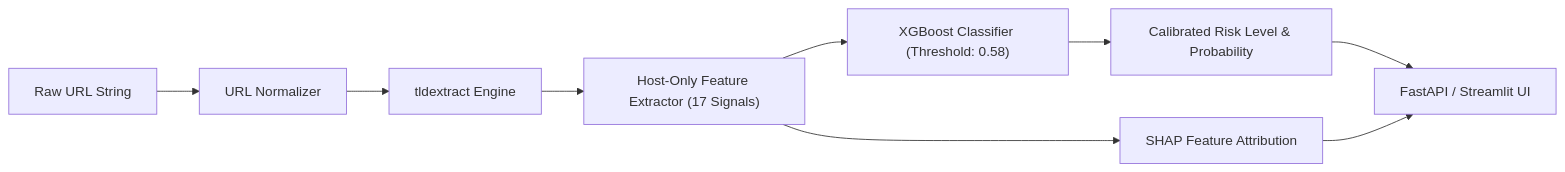
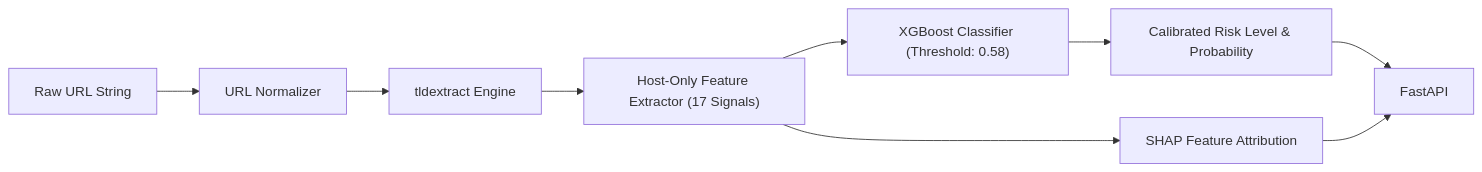
The diagram in README.md (Roastee/phishing-url-detector), drawn with Mermaid before and after one commit. The commit also changed other lines of this file and 4 other files, not shown here.

Commit message:
Vercel: fix model-info metrics, equivalence proof, slimmer FastAPI, README audit

````diff
--- a/README.md
+++ b/README.md
@@ -57,11 +45,11 @@
 ```mermaid
 flowchart LR
     A["Raw URL String"] --> B["URL Normalizer"]
     B --> C["tldextract Engine"]
     C --> D["Host-Only Feature Extractor (17 Signals)"]
     D --> E["XGBoost Classifier (Threshold: 0.58)"]
     E --> F["Calibrated Risk Level & Probability"]
     D --> G["SHAP Feature Attribution"]
-    F --> H["FastAPI / Streamlit UI"]
+    F --> H["FastAPI"]
     G --> H
 ```
````
